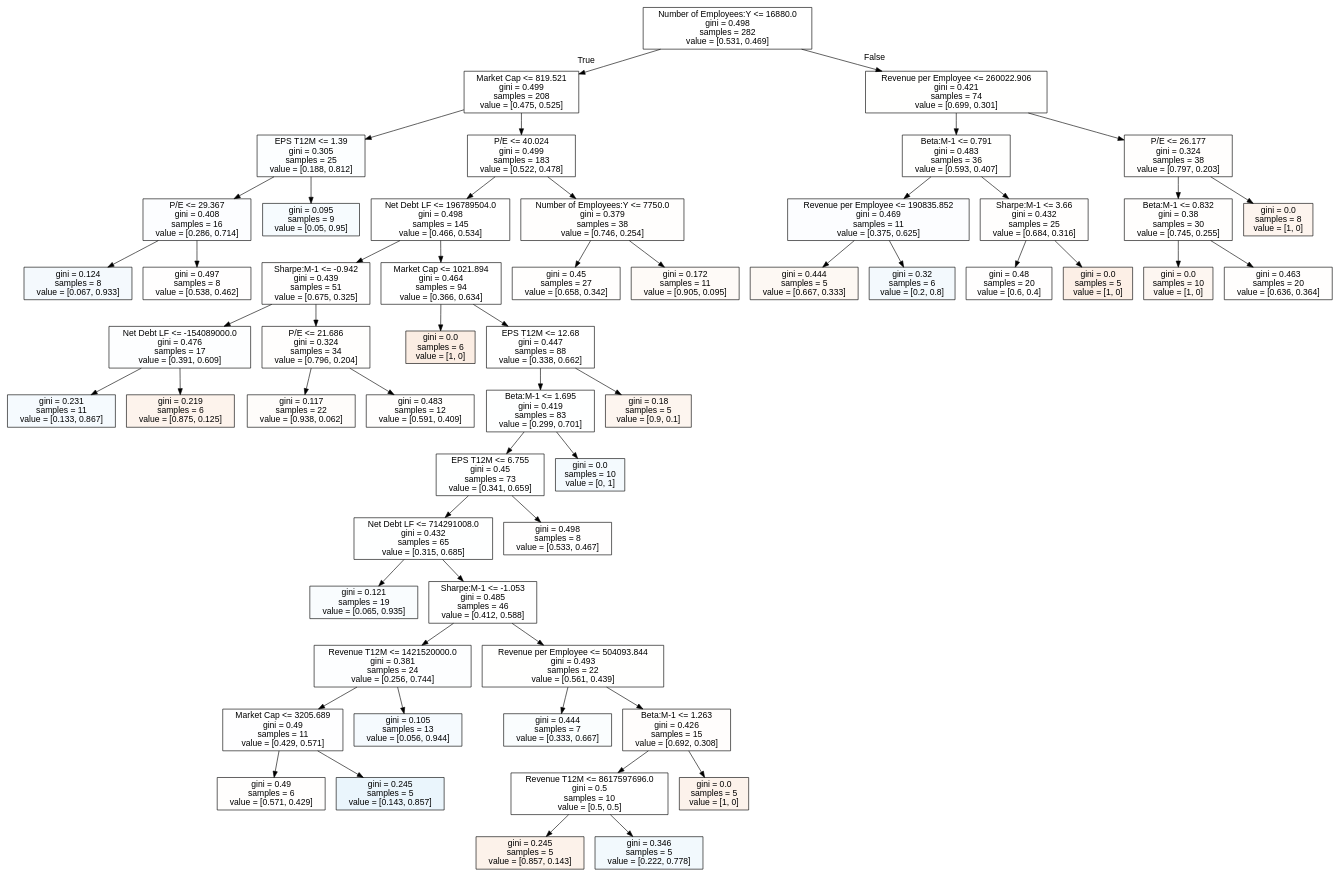
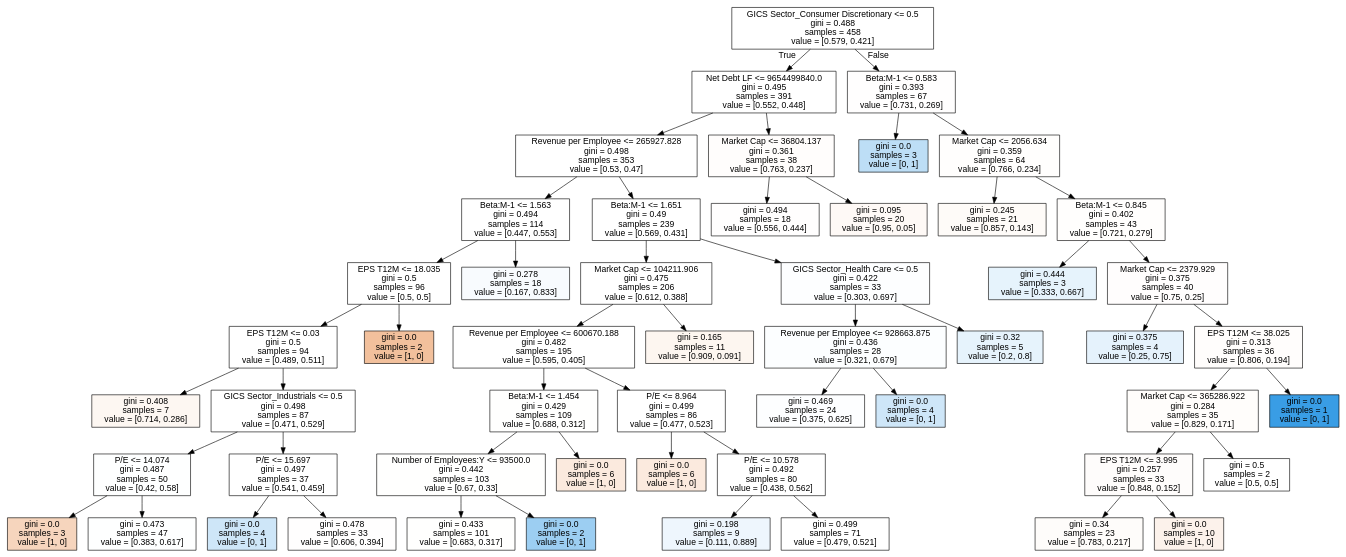
Before and after one commit to luca1308/Investigating_periods_of_increasing_interest_rates_for_the_S-P_1500: the diagram in trees/all_tree.dot, drawn with Graphviz. The commit also changed 565 other files, not shown here.

```diff
--- a/trees/all_tree.dot
+++ b/trees/all_tree.dot
@@ -1,113 +1,109 @@
 digraph Tree {
 node [shape=box, style="filled", color="black", fontname="helvetica"] ;
 edge [fontname="helvetica"] ;
-0 [label="Number of Employees:Y <= 16880.0\ngini = 0.498\nsamples = 282\nvalue = [0.531, 0.469]", fillcolor="#ffffff"] ;
-1 [label="Market Cap <= 819.521\ngini = 0.499\nsamples = 208\nvalue = [0.475, 0.525]", fillcolor="#ffffff"] ;
+0 [label="GICS Sector_Consumer Discretionary <= 0.5\ngini = 0.488\nsamples = 458\nvalue = [0.579, 0.421]", fillcolor="#ffffff"] ;
+1 [label="Net Debt LF <= 9654499840.0\ngini = 0.495\nsamples = 391\nvalue = [0.552, 0.448]", fillcolor="#ffffff"] ;
 0 -> 1 [labeldistance=2.5, labelangle=45, headlabel="True"] ;
-3 [label="EPS T12M <= 1.39\ngini = 0.305\nsamples = 25\nvalue = [0.188, 0.812]", fillcolor="#fcfeff"] ;
+3 [label="Revenue per Employee <= 265927.828\ngini = 0.498\nsamples = 353\nvalue = [0.53, 0.47]", fillcolor="#ffffff"] ;
 1 -> 3 ;
-31 [label="P/E <= 29.367\ngini = 0.408\nsamples = 16\nvalue = [0.286, 0.714]", fillcolor="#fcfdff"] ;
-3 -> 31 ;
-33 [label="gini = 0.124\nsamples = 8\nvalue = [0.067, 0.933]", fillcolor="#f4f9fd"] ;
-31 -> 33 ;
-34 [label="gini = 0.497\nsamples = 8\nvalue = [0.538, 0.462]", fillcolor="#fffefe"] ;
-31 -> 34 ;
-32 [label="gini = 0.095\nsamples = 9\nvalue = [0.05, 0.95]", fillcolor="#f6fbfe"] ;
-3 -> 32 ;
-4 [label="P/E <= 40.024\ngini = 0.499\nsamples = 183\nvalue = [0.522, 0.478]", fillcolor="#ffffff"] ;
+9 [label="Beta:M-1 <= 1.563\ngini = 0.494\nsamples = 114\nvalue = [0.447, 0.553]", fillcolor="#ffffff"] ;
+3 -> 9 ;
+13 [label="EPS T12M <= 18.035\ngini = 0.5\nsamples = 96\nvalue = [0.5, 0.5]", fillcolor="#ffffff"] ;
+9 -> 13 ;
+27 [label="EPS T12M <= 0.03\ngini = 0.5\nsamples = 94\nvalue = [0.489, 0.511]", fillcolor="#ffffff"] ;
+13 -> 27 ;
+29 [label="gini = 0.408\nsamples = 7\nvalue = [0.714, 0.286]", fillcolor="#fdf7f2"] ;
+27 -> 29 ;
+30 [label="GICS Sector_Industrials <= 0.5\ngini = 0.498\nsamples = 87\nvalue = [0.471, 0.529]", fillcolor="#ffffff"] ;
+27 -> 30 ;
+31 [label="P/E <= 14.074\ngini = 0.487\nsamples = 50\nvalue = [0.42, 0.58]", fillcolor="#feffff"] ;
+30 -> 31 ;
+35 [label="gini = 0.0\nsamples = 3\nvalue = [1, 0]", fillcolor="#f6d5bd"] ;
+31 -> 35 ;
+36 [label="gini = 0.473\nsamples = 47\nvalue = [0.383, 0.617]", fillcolor="#feffff"] ;
+31 -> 36 ;
+32 [label="P/E <= 15.697\ngini = 0.497\nsamples = 37\nvalue = [0.541, 0.459]", fillcolor="#ffffff"] ;
+30 -> 32 ;
+33 [label="gini = 0.0\nsamples = 4\nvalue = [0, 1]", fillcolor="#cee6f8"] ;
+32 -> 33 ;
+34 [label="gini = 0.478\nsamples = 33\nvalue = [0.606, 0.394]", fillcolor="#fffefe"] ;
+32 -> 34 ;
+28 [label="gini = 0.0\nsamples = 2\nvalue = [1, 0]", fillcolor="#f2c09c"] ;
+13 -> 28 ;
+14 [label="gini = 0.278\nsamples = 18\nvalue = [0.167, 0.833]", fillcolor="#f8fbfe"] ;
+9 -> 14 ;
+10 [label="Beta:M-1 <= 1.651\ngini = 0.49\nsamples = 239\nvalue = [0.569, 0.431]", fillcolor="#ffffff"] ;
+3 -> 10 ;
+11 [label="Market Cap <= 104211.906\ngini = 0.475\nsamples = 206\nvalue = [0.612, 0.388]", fillcolor="#ffffff"] ;
+10 -> 11 ;
+15 [label="Revenue per Employee <= 600670.188\ngini = 0.482\nsamples = 195\nvalue = [0.595, 0.405]", fillcolor="#ffffff"] ;
+11 -> 15 ;
+17 [label="Beta:M-1 <= 1.454\ngini = 0.429\nsamples = 109\nvalue = [0.688, 0.312]", fillcolor="#fffffe"] ;
+15 -> 17 ;
+23 [label="Number of Employees:Y <= 93500.0\ngini = 0.442\nsamples = 103\nvalue = [0.67, 0.33]", fillcolor="#fffffe"] ;
+17 -> 23 ;
+25 [label="gini = 0.433\nsamples = 101\nvalue = [0.683, 0.317]", fillcolor="#fffffe"] ;
+23 -> 25 ;
+26 [label="gini = 0.0\nsamples = 2\nvalue = [0, 1]", fillcolor="#9ccef2"] ;
+23 -> 26 ;
+24 [label="gini = 0.0\nsamples = 6\nvalue = [1, 0]", fillcolor="#fbeade"] ;
+17 -> 24 ;
+18 [label="P/E <= 8.964\ngini = 0.499\nsamples = 86\nvalue = [0.477, 0.523]", fillcolor="#ffffff"] ;
+15 -> 18 ;
+19 [label="gini = 0.0\nsamples = 6\nvalue = [1, 0]", fillcolor="#fbeade"] ;
+18 -> 19 ;
+20 [label="P/E <= 10.578\ngini = 0.492\nsamples = 80\nvalue = [0.438, 0.562]", fillcolor="#ffffff"] ;
+18 -> 20 ;
+21 [label="gini = 0.198\nsamples = 9\nvalue = [0.111, 0.889]", fillcolor="#eef6fd"] ;
+20 -> 21 ;
+22 [label="gini = 0.499\nsamples = 71\nvalue = [0.479, 0.521]", fillcolor="#ffffff"] ;
+20 -> 22 ;
+16 [label="gini = 0.165\nsamples = 11\nvalue = [0.909, 0.091]", fillcolor="#fdf6f0"] ;
+11 -> 16 ;
+12 [label="GICS Sector_Health Care <= 0.5\ngini = 0.422\nsamples = 33\nvalue = [0.303, 0.697]", fillcolor="#fdfeff"] ;
+10 -> 12 ;
+49 [label="Revenue per Employee <= 928663.875\ngini = 0.436\nsamples = 28\nvalue = [0.321, 0.679]", fillcolor="#fcfeff"] ;
+12 -> 49 ;
+51 [label="gini = 0.469\nsamples = 24\nvalue = [0.375, 0.625]", fillcolor="#fdfeff"] ;
+49 -> 51 ;
+52 [label="gini = 0.0\nsamples = 4\nvalue = [0, 1]", fillcolor="#cee6f8"] ;
+49 -> 52 ;
+50 [label="gini = 0.32\nsamples = 5\nvalue = [0.2, 0.8]", fillcolor="#e6f3fc"] ;
+12 -> 50 ;
+4 [label="Market Cap <= 36804.137\ngini = 0.361\nsamples = 38\nvalue = [0.763, 0.237]", fillcolor="#fffdfc"] ;
 1 -> 4 ;
-5 [label="Net Debt LF <= 196789504.0\ngini = 0.498\nsamples = 145\nvalue = [0.466, 0.534]", fillcolor="#ffffff"] ;
-4 -> 5 ;
-7 [label="Sharpe:M-1 <= -0.942\ngini = 0.439\nsamples = 51\nvalue = [0.675, 0.325]", fillcolor="#fffefe"] ;
-5 -> 7 ;
-13 [label="Net Debt LF <= -154089000.0\ngini = 0.476\nsamples = 17\nvalue = [0.391, 0.609]", fillcolor="#fdfeff"] ;
-7 -> 13 ;
-15 [label="gini = 0.231\nsamples = 11\nvalue = [0.133, 0.867]", fillcolor="#f5fafe"] ;
-13 -> 15 ;
-16 [label="gini = 0.219\nsamples = 6\nvalue = [0.875, 0.125]", fillcolor="#fdf3ec"] ;
-13 -> 16 ;
-14 [label="P/E <= 21.686\ngini = 0.324\nsamples = 34\nvalue = [0.796, 0.204]", fillcolor="#fffefd"] ;
-7 -> 14 ;
-19 [label="gini = 0.117\nsamples = 22\nvalue = [0.938, 0.062]", fillcolor="#fefcfa"] ;
-14 -> 19 ;
-20 [label="gini = 0.483\nsamples = 12\nvalue = [0.591, 0.409]", fillcolor="#fffefd"] ;
-14 -> 20 ;
-8 [label="Market Cap <= 1021.894\ngini = 0.464\nsamples = 94\nvalue = [0.366, 0.634]", fillcolor="#ffffff"] ;
-5 -> 8 ;
-9 [label="gini = 0.0\nsamples = 6\nvalue = [1, 0]", fillcolor="#fbede3"] ;
-8 -> 9 ;
-10 [label="EPS T12M <= 12.68\ngini = 0.447\nsamples = 88\nvalue = [0.338, 0.662]", fillcolor="#ffffff"] ;
-8 -> 10 ;
-11 [label="Beta:M-1 <= 1.695\ngini = 0.419\nsamples = 83\nvalue = [0.299, 0.701]", fillcolor="#feffff"] ;
-10 -> 11 ;
-17 [label="EPS T12M <= 6.755\ngini = 0.45\nsamples = 73\nvalue = [0.341, 0.659]", fillcolor="#feffff"] ;
-11 -> 17 ;
-35 [label="Net Debt LF <= 714291008.0\ngini = 0.432\nsamples = 65\nvalue = [0.315, 0.685]", fillcolor="#feffff"] ;
-17 -> 35 ;
-37 [label="gini = 0.121\nsamples = 19\nvalue = [0.065, 0.935]", fillcolor="#f9fcfe"] ;
-35 -> 37 ;
-38 [label="Sharpe:M-1 <= -1.053\ngini = 0.485\nsamples = 46\nvalue = [0.412, 0.588]", fillcolor="#ffffff"] ;
-35 -> 38 ;
-39 [label="Revenue T12M <= 1421520000.0\ngini = 0.381\nsamples = 24\nvalue = [0.256, 0.744]", fillcolor="#fdfeff"] ;
+7 [label="gini = 0.494\nsamples = 18\nvalue = [0.556, 0.444]", fillcolor="#fffefe"] ;
+4 -> 7 ;
+8 [label="gini = 0.095\nsamples = 20\nvalue = [0.95, 0.05]", fillcolor="#fef9f6"] ;
+4 -> 8 ;
+2 [label="Beta:M-1 <= 0.583\ngini = 0.393\nsamples = 67\nvalue = [0.731, 0.269]", fillcolor="#fffefe"] ;
+0 -> 2 [labeldistance=2.5, labelangle=-45, headlabel="False"] ;
+5 [label="gini = 0.0\nsamples = 3\nvalue = [0, 1]", fillcolor="#bddef6"] ;
+2 -> 5 ;
+6 [label="Market Cap <= 2056.634\ngini = 0.359\nsamples = 64\nvalue = [0.766, 0.234]", fillcolor="#fffefd"] ;
+2 -> 6 ;
+37 [label="gini = 0.245\nsamples = 21\nvalue = [0.857, 0.143]", fillcolor="#fefbf8"] ;
+6 -> 37 ;
+38 [label="Beta:M-1 <= 0.845\ngini = 0.402\nsamples = 43\nvalue = [0.721, 0.279]", fillcolor="#fffefd"] ;
+6 -> 38 ;
+39 [label="gini = 0.444\nsamples = 3\nvalue = [0.333, 0.667]", fillcolor="#e6f3fc"] ;
 38 -> 39 ;
-41 [label="Market Cap <= 3205.689\ngini = 0.49\nsamples = 11\nvalue = [0.429, 0.571]", fillcolor="#fefeff"] ;
-39 -> 41 ;
-49 [label="gini = 0.49\nsamples = 6\nvalue = [0.571, 0.429]", fillcolor="#fffefd"] ;
-41 -> 49 ;
-50 [label="gini = 0.245\nsamples = 5\nvalue = [0.143, 0.857]", fillcolor="#eaf5fc"] ;
-41 -> 50 ;
-42 [label="gini = 0.105\nsamples = 13\nvalue = [0.056, 0.944]", fillcolor="#f5fafe"] ;
-39 -> 42 ;
-40 [label="Revenue per Employee <= 504093.844\ngini = 0.493\nsamples = 22\nvalue = [0.561, 0.439]", fillcolor="#fffffe"] ;
+40 [label="Market Cap <= 2379.929\ngini = 0.375\nsamples = 40\nvalue = [0.75, 0.25]", fillcolor="#fffdfd"] ;
 38 -> 40 ;
-43 [label="gini = 0.444\nsamples = 7\nvalue = [0.333, 0.667]", fillcolor="#fafdfe"] ;
-40 -> 43 ;
-44 [label="Beta:M-1 <= 1.263\ngini = 0.426\nsamples = 15\nvalue = [0.692, 0.308]", fillcolor="#fffdfc"] ;
-40 -> 44 ;
-45 [label="Revenue T12M <= 8617597696.0\ngini = 0.5\nsamples = 10\nvalue = [0.5, 0.5]", fillcolor="#ffffff"] ;
-44 -> 45 ;
-47 [label="gini = 0.245\nsamples = 5\nvalue = [0.857, 0.143]", fillcolor="#fcf2ea"] ;
+41 [label="gini = 0.375\nsamples = 4\nvalue = [0.25, 0.75]", fillcolor="#e5f2fc"] ;
+40 -> 41 ;
+42 [label="EPS T12M <= 38.025\ngini = 0.313\nsamples = 36\nvalue = [0.806, 0.194]", fillcolor="#fffdfc"] ;
+40 -> 42 ;
+43 [label="Market Cap <= 365286.922\ngini = 0.284\nsamples = 35\nvalue = [0.829, 0.171]", fillcolor="#fffdfb"] ;
+42 -> 43 ;
+45 [label="EPS T12M <= 3.995\ngini = 0.257\nsamples = 33\nvalue = [0.848, 0.152]", fillcolor="#fefcfb"] ;
+43 -> 45 ;
+47 [label="gini = 0.34\nsamples = 23\nvalue = [0.783, 0.217]", fillcolor="#fefcfa"] ;
 45 -> 47 ;
-48 [label="gini = 0.346\nsamples = 5\nvalue = [0.222, 0.778]", fillcolor="#f2f9fd"] ;
+48 [label="gini = 0.0\nsamples = 10\nvalue = [1, 0]", fillcolor="#fcf2eb"] ;
 45 -> 48 ;
-46 [label="gini = 0.0\nsamples = 5\nvalue = [1, 0]", fillcolor="#fcf2eb"] ;
-44 -> 46 ;
-36 [label="gini = 0.498\nsamples = 8\nvalue = [0.533, 0.467]", fillcolor="#fffefe"] ;
-17 -> 36 ;
-18 [label="gini = 0.0\nsamples = 10\nvalue = [0, 1]", fillcolor="#f4fafe"] ;
-11 -> 18 ;
-12 [label="gini = 0.18\nsamples = 5\nvalue = [0.9, 0.1]", fillcolor="#fdf5ef"] ;
-10 -> 12 ;
-6 [label="Number of Employees:Y <= 7750.0\ngini = 0.379\nsamples = 38\nvalue = [0.746, 0.254]", fillcolor="#fffefd"] ;
-4 -> 6 ;
-27 [label="gini = 0.45\nsamples = 27\nvalue = [0.658, 0.342]", fillcolor="#fffefd"] ;
-6 -> 27 ;
-28 [label="gini = 0.172\nsamples = 11\nvalue = [0.905, 0.095]", fillcolor="#fefaf7"] ;
-6 -> 28 ;
-2 [label="Revenue per Employee <= 260022.906\ngini = 0.421\nsamples = 74\nvalue = [0.699, 0.301]", fillcolor="#fffffe"] ;
-0 -> 2 [labeldistance=2.5, labelangle=-45, headlabel="False"] ;
-21 [label="Beta:M-1 <= 0.791\ngini = 0.483\nsamples = 36\nvalue = [0.593, 0.407]", fillcolor="#fffffe"] ;
-2 -> 21 ;
-23 [label="Revenue per Employee <= 190835.852\ngini = 0.469\nsamples = 11\nvalue = [0.375, 0.625]", fillcolor="#fcfdff"] ;
-21 -> 23 ;
-29 [label="gini = 0.444\nsamples = 5\nvalue = [0.667, 0.333]", fillcolor="#fdf8f3"] ;
-23 -> 29 ;
-30 [label="gini = 0.32\nsamples = 6\nvalue = [0.2, 0.8]", fillcolor="#f3f9fd"] ;
-23 -> 30 ;
-24 [label="Sharpe:M-1 <= 3.66\ngini = 0.432\nsamples = 25\nvalue = [0.684, 0.316]", fillcolor="#fffefd"] ;
-21 -> 24 ;
-25 [label="gini = 0.48\nsamples = 20\nvalue = [0.6, 0.4]", fillcolor="#fffefe"] ;
-24 -> 25 ;
-26 [label="gini = 0.0\nsamples = 5\nvalue = [1, 0]", fillcolor="#fcefe6"] ;
-24 -> 26 ;
-22 [label="P/E <= 26.177\ngini = 0.324\nsamples = 38\nvalue = [0.797, 0.203]", fillcolor="#fffefd"] ;
-2 -> 22 ;
-51 [label="Beta:M-1 <= 0.832\ngini = 0.38\nsamples = 30\nvalue = [0.745, 0.255]", fillcolor="#fffefd"] ;
-22 -> 51 ;
-53 [label="gini = 0.0\nsamples = 10\nvalue = [1, 0]", fillcolor="#fdf6f1"] ;
-51 -> 53 ;
-54 [label="gini = 0.463\nsamples = 20\nvalue = [0.636, 0.364]", fillcolor="#fffefd"] ;
-51 -> 54 ;
-52 [label="gini = 0.0\nsamples = 8\nvalue = [1, 0]", fillcolor="#fdf4ee"] ;
-22 -> 52 ;
+46 [label="gini = 0.5\nsamples = 2\nvalue = [0.5, 0.5]", fillcolor="#ffffff"] ;
+43 -> 46 ;
+44 [label="gini = 0.0\nsamples = 1\nvalue = [0, 1]", fillcolor="#399de5"] ;
+42 -> 44 ;
 }
```
